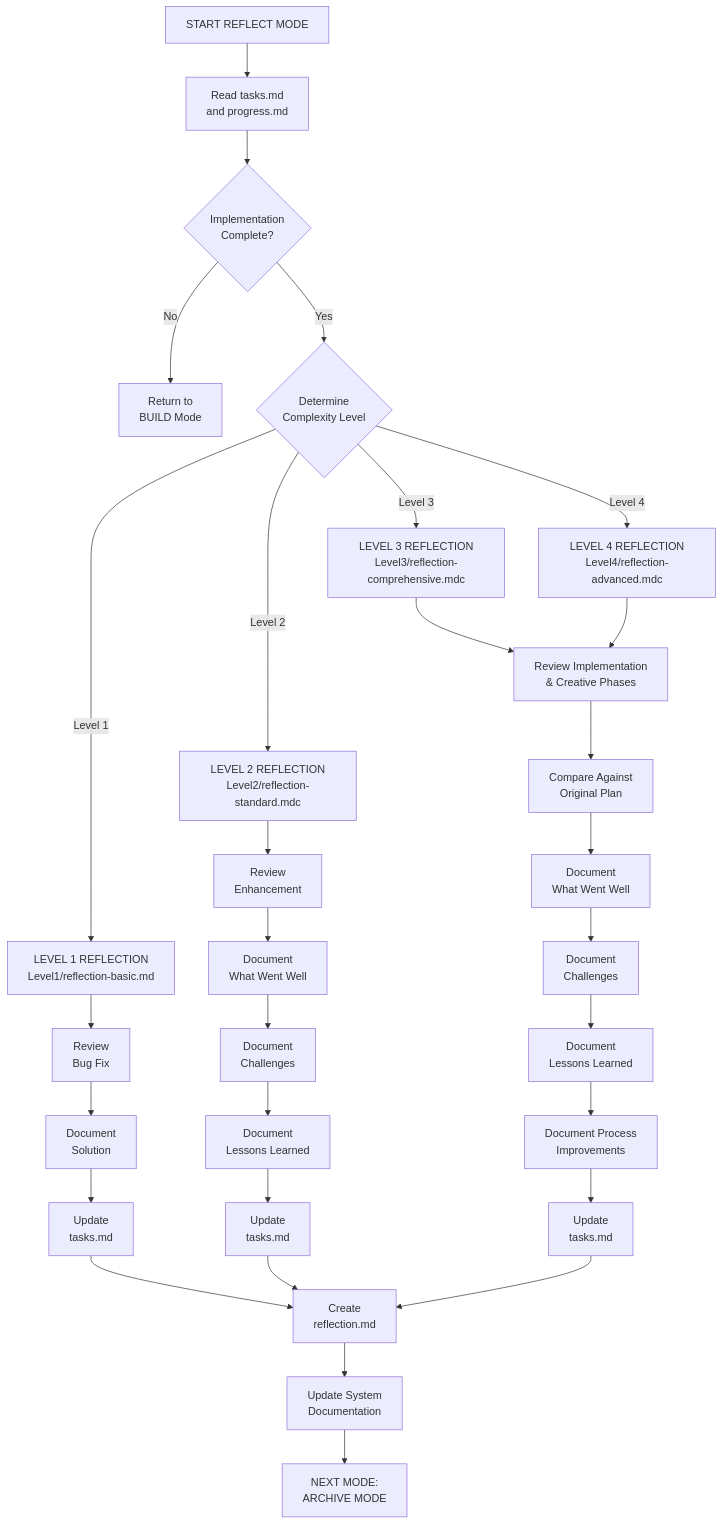
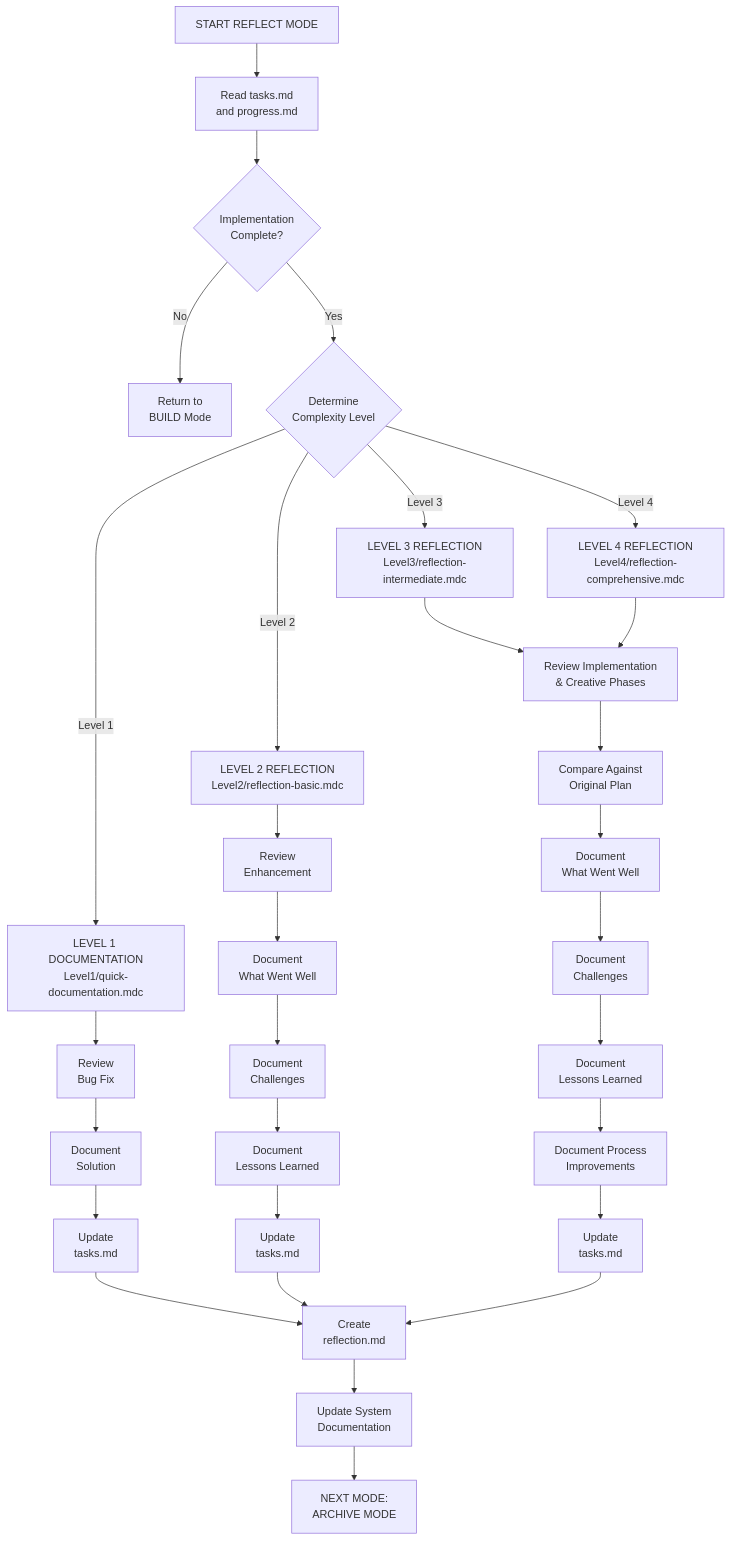
One commit to Texarkanine/.cursor-rules changed the first of 5 diagrams in rulesets/niko/niko/visual-maps/reflect-mode-map.mdc. Above: the diagram before and after it, drawn with Mermaid. The commit also changed 2 other files, not shown here.

Commit message:
fix: PR Feedback - various fixes

````diff
--- a/rulesets/niko/niko/visual-maps/reflect-mode-map.mdc
+++ b/rulesets/niko/niko/visual-maps/reflect-mode-map.mdc
@@ -13,41 +13,41 @@
 ```mermaid
 graph TD
     Start["START REFLECT MODE"] --> ReadTasks["Read tasks.md<br>and progress.md"]
     
     %% Initial Assessment
     ReadTasks --> VerifyImplement{"Implementation<br>Complete?"}
     VerifyImplement -->|"No"| ReturnBuild["Return to<br>BUILD Mode"]
     VerifyImplement -->|"Yes"| AssessLevel{"Determine<br>Complexity Level"}
     
     %% Level-Based Reflection
-    AssessLevel -->|"Level 1"| L1Reflect["LEVEL 1 REFLECTION<br>Level1/reflection-basic.md"]
-    AssessLevel -->|"Level 2"| L2Reflect["LEVEL 2 REFLECTION<br>Level2/reflection-standard.mdc"]
-    AssessLevel -->|"Level 3"| L3Reflect["LEVEL 3 REFLECTION<br>Level3/reflection-comprehensive.mdc"]
-    AssessLevel -->|"Level 4"| L4Reflect["LEVEL 4 REFLECTION<br>Level4/reflection-advanced.mdc"]
+    AssessLevel -->|"Level 1"| L1Reflect["LEVEL 1 DOCUMENTATION<br>Level1/quick-documentation.mdc"]
+    AssessLevel -->|"Level 2"| L2Reflect["LEVEL 2 REFLECTION<br>Level2/reflection-basic.mdc"]
+    AssessLevel -->|"Level 3"| L3Reflect["LEVEL 3 REFLECTION<br>Level3/reflection-intermediate.mdc"]
+    AssessLevel -->|"Level 4"| L4Reflect["LEVEL 4 REFLECTION<br>Level4/reflection-comprehensive.mdc"]
     
     %% Level 1 Reflection (Quick)
     L1Reflect --> L1Review["Review<br>Bug Fix"]
     L1Review --> L1Document["Document<br>Solution"]
     L1Document --> L1Update["Update<br>tasks.md"]
     
     %% Level 2 Reflection (Standard)
     L2Reflect --> L2Review["Review<br>Enhancement"]
     L2Review --> L2WWW["Document<br>What Went Well"]
     L2WWW --> L2Challenges["Document<br>Challenges"]
     L2Challenges --> L2Lessons["Document<br>Lessons Learned"]
     L2Lessons --> L2Update["Update<br>tasks.md"]
     
     %% Level 3-4 Reflection (Comprehensive)
     L3Reflect & L4Reflect --> L34Review["Review Implementation<br>& Creative Phases"]
     L34Review --> L34Plan["Compare Against<br>Original Plan"]
     L34Plan --> L34WWW["Document<br>What Went Well"]
     L34WWW --> L34Challenges["Document<br>Challenges"]
     L34Challenges --> L34Lessons["Document<br>Lessons Learned"]
     L34Lessons --> L34ImproveProcess["Document Process<br>Improvements"]
     L34ImproveProcess --> L34Update["Update<br>tasks.md"]
     
     %% Completion & Transition
     L1Update & L2Update & L34Update --> CreateReflection["Create<br>reflection.md"]
     CreateReflection --> UpdateSystem["Update System<br>Documentation"]
     UpdateSystem --> Transition["NEXT MODE:<br>ARCHIVE MODE"]
 ```
````
